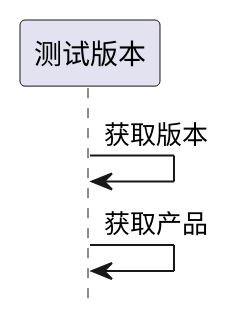
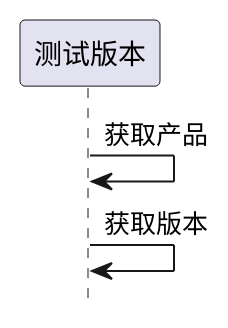
One commit to goblinln/iBizPMS changed the third of 4 diagrams in ibizpms-docs/src/main/doc/v1/module/zentao/TestTask_old.md. Above: the diagram before and after it, drawn with PlantUML. The commit also changed other lines of this file and 230 other files, not shown here.

```diff
--- a/ibizpms-docs/src/main/doc/v1/module/zentao/TestTask_old.md
+++ b/ibizpms-docs/src/main/doc/v1/module/zentao/TestTask_old.md
@@ -130,6 +130,6 @@
 {% plantuml %}
 hide footbox
 
+测试版本 -> 测试版本: 获取产品
 测试版本 -> 测试版本: 获取版本
-测试版本 -> 测试版本: 获取产品
 {% endplantuml %}
```
